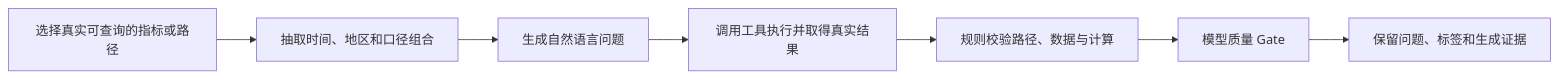
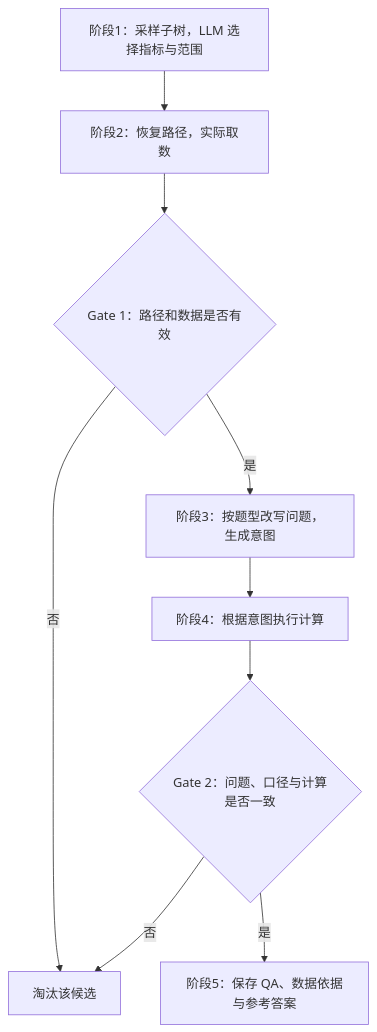
The first of 2 diagrams in docs/03-data-and-trajectory.md (zhouzixuan2333/financial-agent-evolution-notes), drawn with Mermaid before and after one commit. The commit also changed other lines of this file, not shown here.

````diff
--- a/docs/03-data-and-trajectory.md
+++ b/docs/03-data-and-trajectory.md
@@ -65,9 +65,11 @@
 ```mermaid
-flowchart LR
-    A[选择真实可查询的指标或路径] --> B[抽取时间、地区和口径组合]
-    B --> C[生成自然语言问题]
-    C --> D[调用工具执行并取得真实结果]
-    D --> E[规则校验路径、数据与计算]
-    E --> F[模型质量 Gate]
-    F --> G[保留问题、标签和生成证据]
+flowchart TD
+    A[阶段1：采样子树，LLM 选择指标与范围] --> B[阶段2：恢复路径，实际取数]
+    B --> C{Gate 1：路径和数据是否有效}
+    C -- 否 --> X[淘汰该候选]
+    C -- 是 --> D[阶段3：按题型改写问题，生成意图]
+    D --> E[阶段4：根据意图执行计算]
+    E --> F{Gate 2：问题、口径与计算是否一致}
+    F -- 否 --> X
+    F -- 是 --> G[阶段5：保存 QA、数据依据与参考答案]
 ```
````
